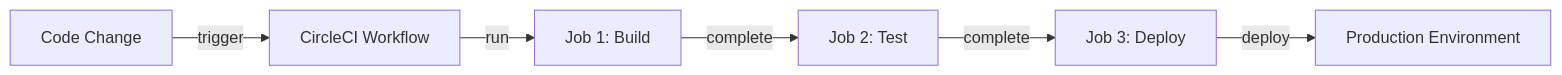
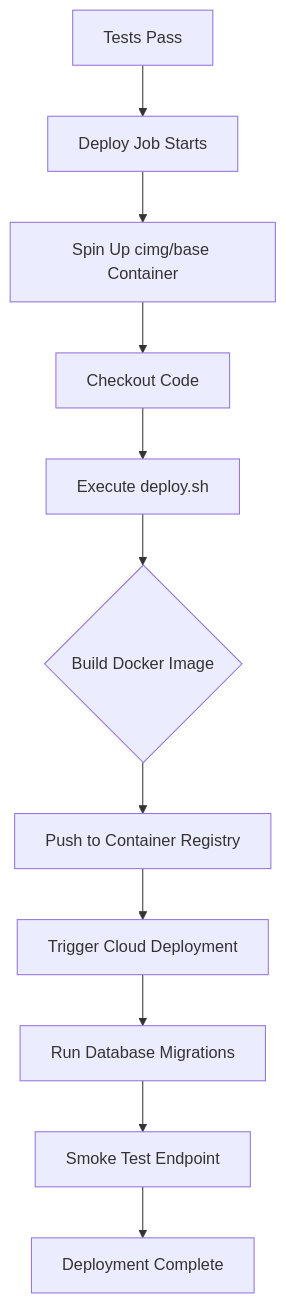
The second of 2 diagrams in raw.md (kanchan-nath/content-pipeline), drawn with Mermaid before and after one commit. The commit also changed other lines of this file and 8 other files, not shown here.

Commit message:
Refactor and update documentation for CircleCI, CodeRabbit, and VS Code configurations; integrate OpenAI SDK in groq.service.js

````diff
--- a/raw.md
+++ b/raw.md
@@ -69,8 +321,13 @@
 ```mermaid
-flowchart LR
-    A[Code Change] -->| trigger | B[CircleCI Workflow]
-    B -->| run | C[Job 1: Build]
-    C -->| complete | D[Job 2: Test]
-    D -->| complete | E[Job 3: Deploy]
-    E -->| deploy | F[Production Environment]
+flowchart TD
+    A[Tests Pass] --> B[Deploy Job Starts]
+    B --> C[Spin Up cimg/base Container]
+    C --> D[Checkout Code]
+    D --> E[Execute deploy.sh]
+    E --> F{Build Docker Image}
+    F --> G[Push to Container Registry]
+    G --> H[Trigger Cloud Deployment]
+    H --> I[Run Database Migrations]
+    I --> J[Smoke Test Endpoint]
+    J --> K[Deployment Complete]
 ```
````
